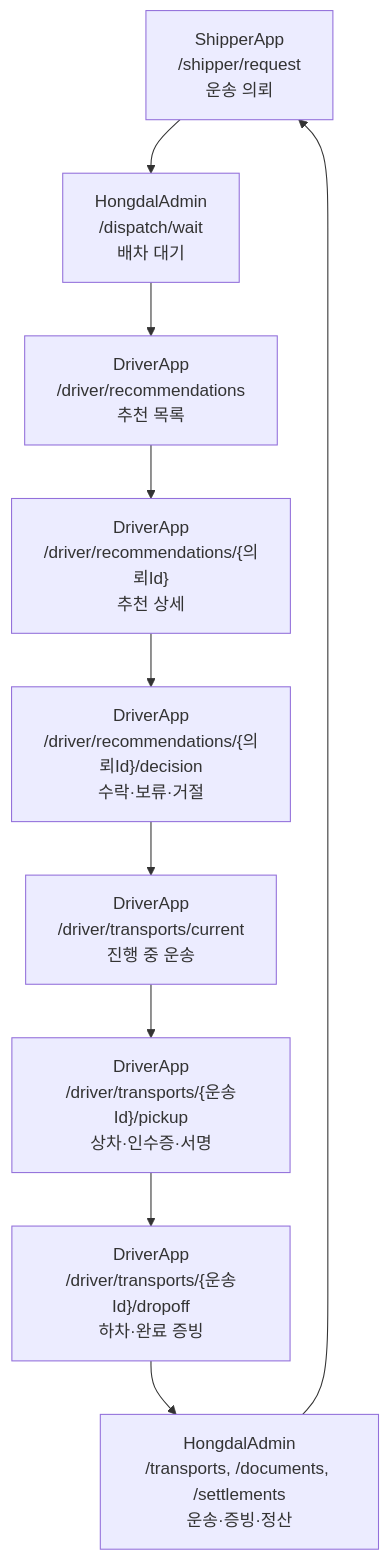
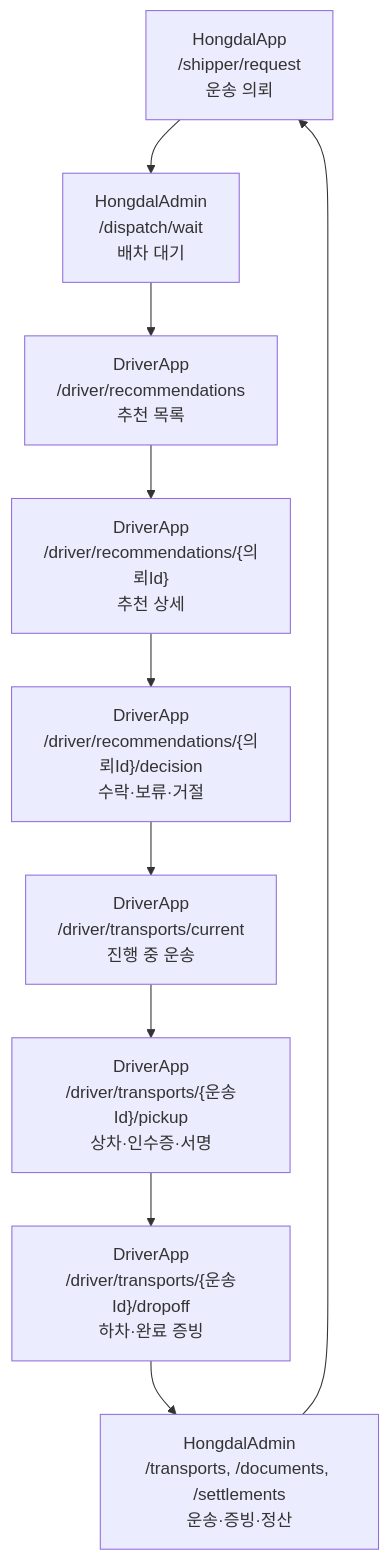
One commit to cheolwo/hongdal changed the first of 9 diagrams in docs/ProjectOverview/workflow-app-screen-map.md. Above: the diagram before and after it, drawn with Mermaid. The commit also changed other lines of this file and 140 other files, not shown here.

````diff
--- a/docs/ProjectOverview/workflow-app-screen-map.md
+++ b/docs/ProjectOverview/workflow-app-screen-map.md
@@ -23,15 +23,15 @@
 ```mermaid
 flowchart TD
-    Request["ShipperApp<br/>/shipper/request<br/>운송 의뢰"]
+    Request["HongdalApp<br/>/shipper/request<br/>운송 의뢰"]
     Wait["HongdalAdmin<br/>/dispatch/wait<br/>배차 대기"]
     Reco["DriverApp<br/>/driver/recommendations<br/>추천 목록"]
     Detail["DriverApp<br/>/driver/recommendations/{의뢰Id}<br/>추천 상세"]
     Decision["DriverApp<br/>/driver/recommendations/{의뢰Id}/decision<br/>수락·보류·거절"]
     Current["DriverApp<br/>/driver/transports/current<br/>진행 중 운송"]
     Pickup["DriverApp<br/>/driver/transports/{운송Id}/pickup<br/>상차·인수증·서명"]
     Dropoff["DriverApp<br/>/driver/transports/{운송Id}/dropoff<br/>하차·완료 증빙"]
     Admin["HongdalAdmin<br/>/transports, /documents, /settlements<br/>운송·증빙·정산"]
 
     Request --> Wait --> Reco --> Detail --> Decision --> Current --> Pickup --> Dropoff --> Admin
     Admin --> Request
 ```
````
